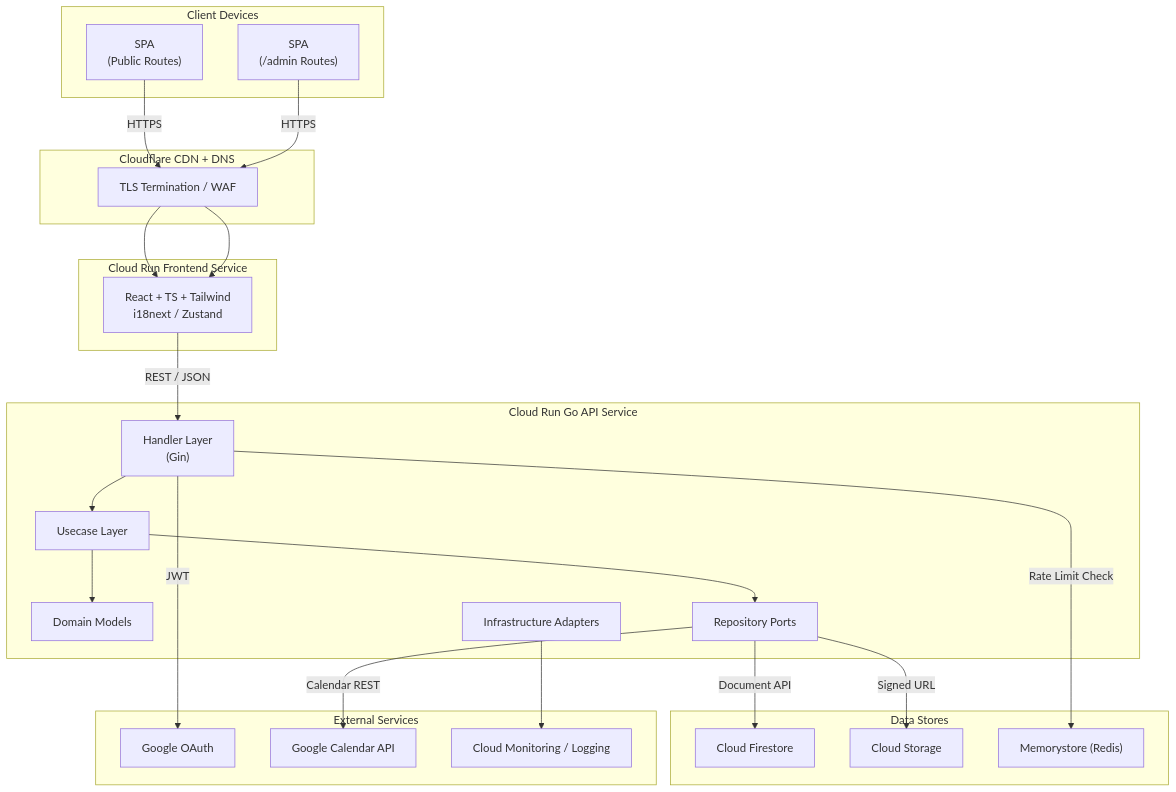
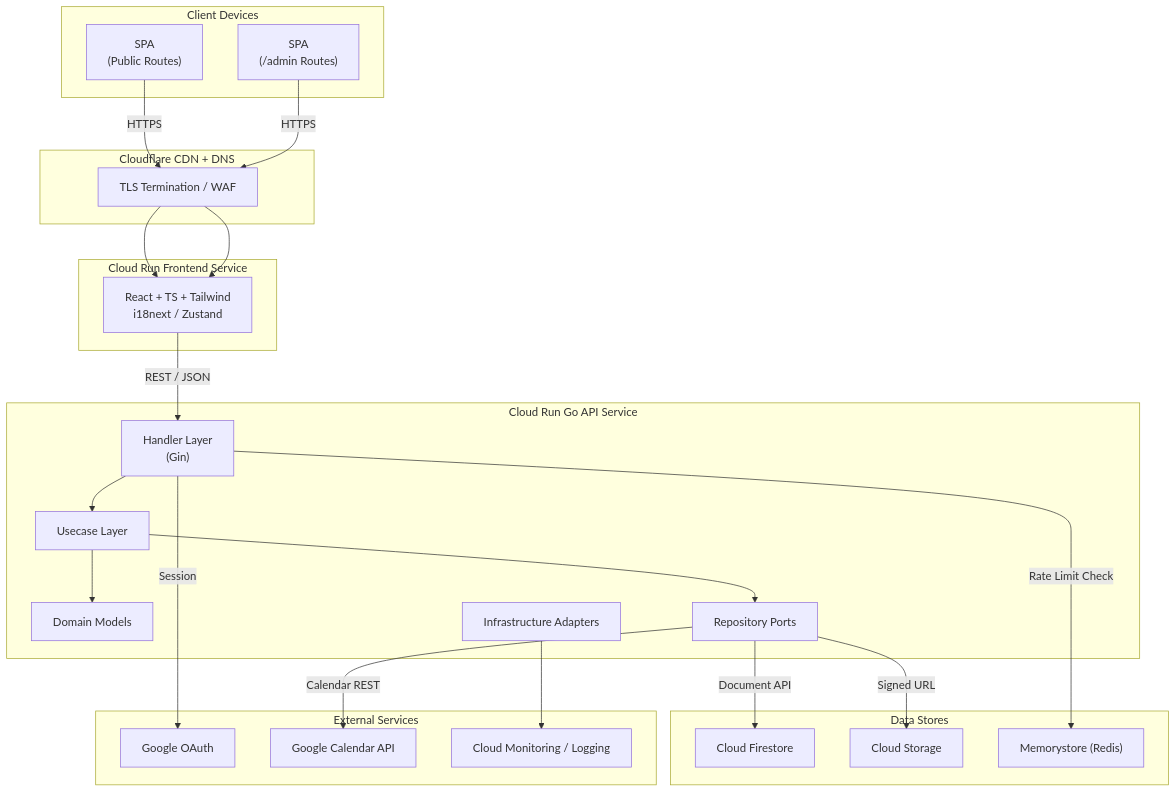
Before and after one commit to ttokunaga-jp/personalWebsite: the first of 3 diagrams in docs/architecture-design.md, drawn with Mermaid. The commit also changed other lines of this file and 67 other files, not shown here.

````diff
--- a/docs/architecture-design.md
+++ b/docs/architecture-design.md
@@ -15,47 +15,47 @@
 ```mermaid
 flowchart TD
     subgraph Client["Client Devices"]
         Browser["SPA<br/>(Public Routes)"]
         Admin["SPA<br/>(/admin Routes)"]
     end
 
     subgraph CDN["Cloudflare CDN + DNS"]
         TLS["TLS Termination / WAF"]
     end
 
     subgraph FE["Cloud Run Frontend Service"]
         React["React + TS + Tailwind<br/>i18next / Zustand"]
     end
 
     subgraph API["Cloud Run Go API Service"]
         Handler["Handler Layer<br/>(Gin)"]
         Usecase["Usecase Layer"]
         Domain["Domain Models"]
         Repo["Repository Ports"]
         Infra["Infrastructure Adapters"]
     end
 
     subgraph Data["Data Stores"]
         Firestore["Cloud Firestore"]
         Storage["Cloud Storage"]
         Cache["Memorystore (Redis)"]
     end
 
     subgraph External["External Services"]
         GoogleOAuth["Google OAuth"]
         GoogleCalendar["Google Calendar API"]
         Monitoring["Cloud Monitoring / Logging"]
     end
 
     Browser -->|HTTPS| TLS --> React
     Admin -->|HTTPS| TLS --> React
     React -->|REST / JSON| Handler
     Handler --> Usecase --> Domain
     Usecase --> Repo
     Repo -->|Document API| Firestore
     Repo -->|Signed URL| Storage
     Repo -->|Calendar REST| GoogleCalendar
-    Handler -->|JWT| GoogleOAuth
+    Handler -->|Session| GoogleOAuth
     Handler -->|Rate Limit Check| Cache
     Infra --> Monitoring
 ```
````
